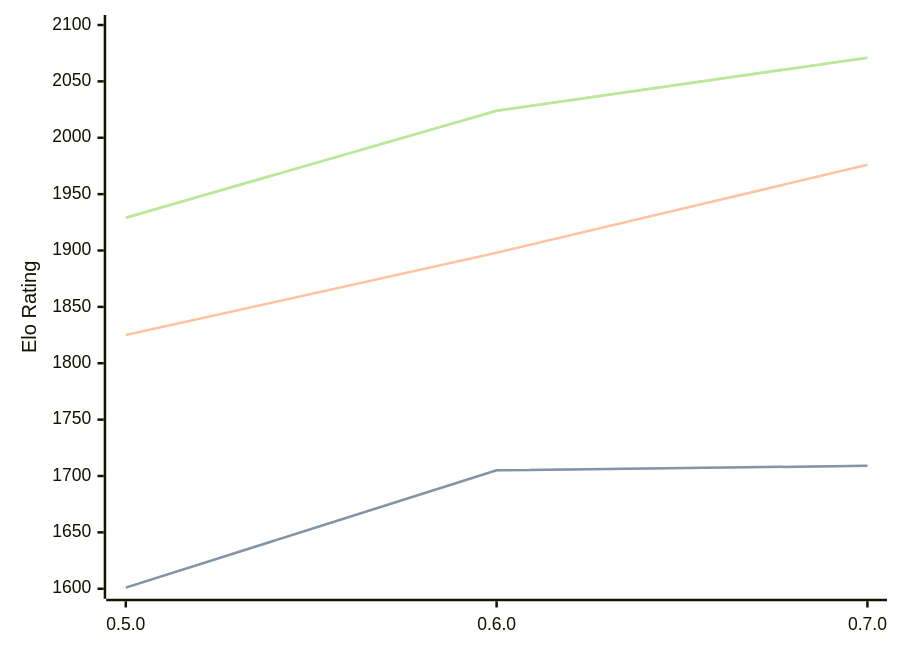
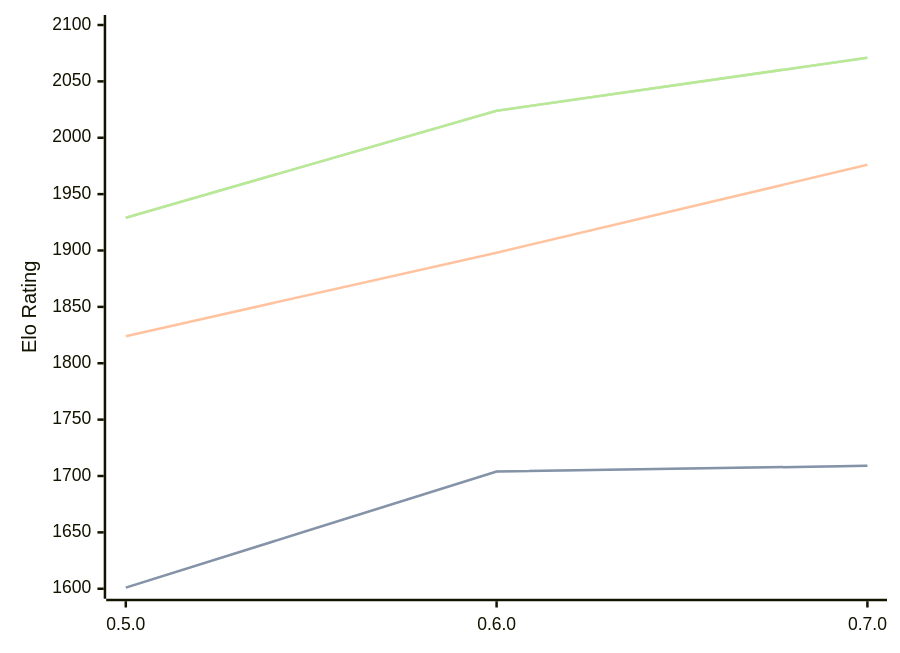
The diagram in engines/Chess-rs.md (computer-chess-index/cci), drawn with Mermaid before and after one commit. The commit also changed other lines of this file, not shown here.

````diff
--- a/engines/Chess-rs.md
+++ b/engines/Chess-rs.md
@@ -38,11 +38,11 @@
 ```mermaid
 %%{init: {"theme":"base","themeVariables":{"seriesColors:['#a3a3a3','#222221','#faa371']}}}%%
 xychart-beta
   x-axis ["0.5.0", "0.6.0", "0.7.0"]
   y-axis "Elo Rating" 1600 --> 2100
-  line "STC (8.0+0.08s)" [1601, 1705, 1709]
-  line "STC (8.0+0.08s)" [1601, 1705, 1709]
-  line "LTC (60.0+0.60s)" [1825, 1898, 1976]
+  line "STC (8.0+0.08s)" [1601, 1704, 1709]
+  line "STC (8.0+0.08s)" [1601, 1704, 1709]
+  line "LTC (60.0+0.60s)" [1824, 1898, 1976]
   line "VLTC (2m24s+1.12s)" [1929, 2024, 2071]
   line "VLTC (2m24s+1.12s)" [1929, 2024, 2071]
 ```
````
